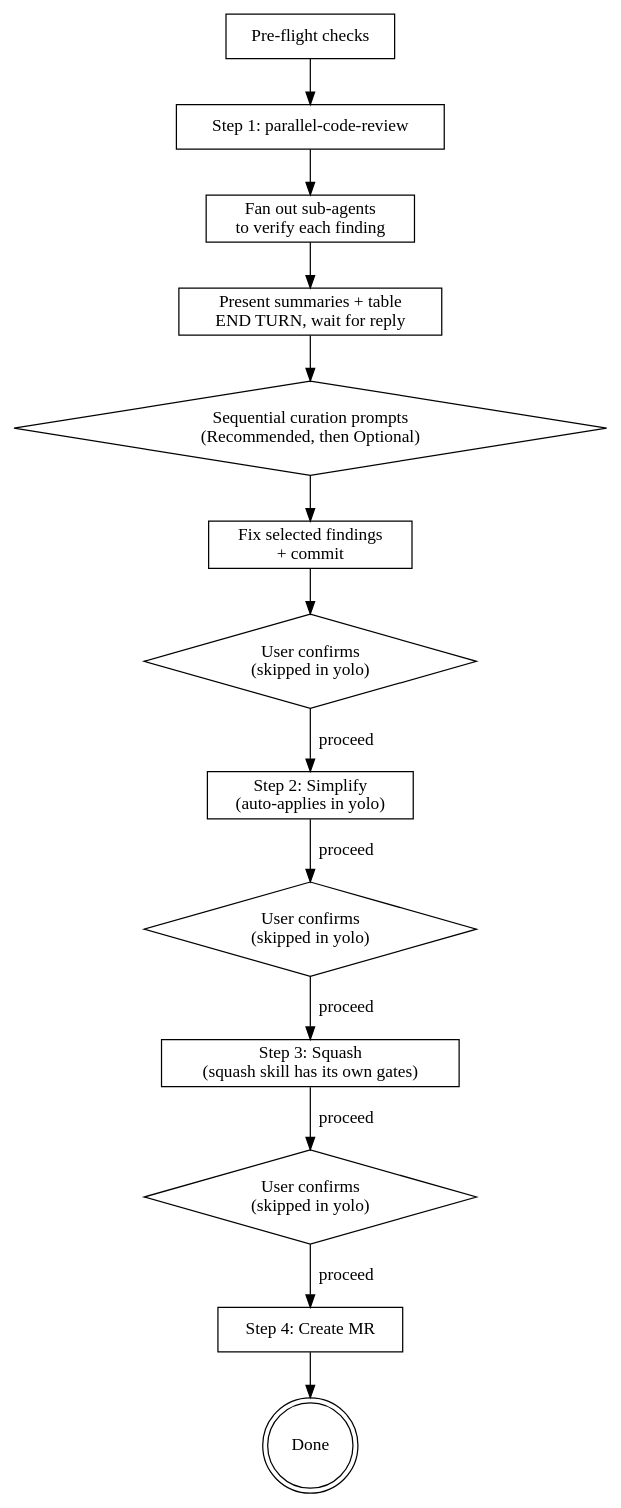
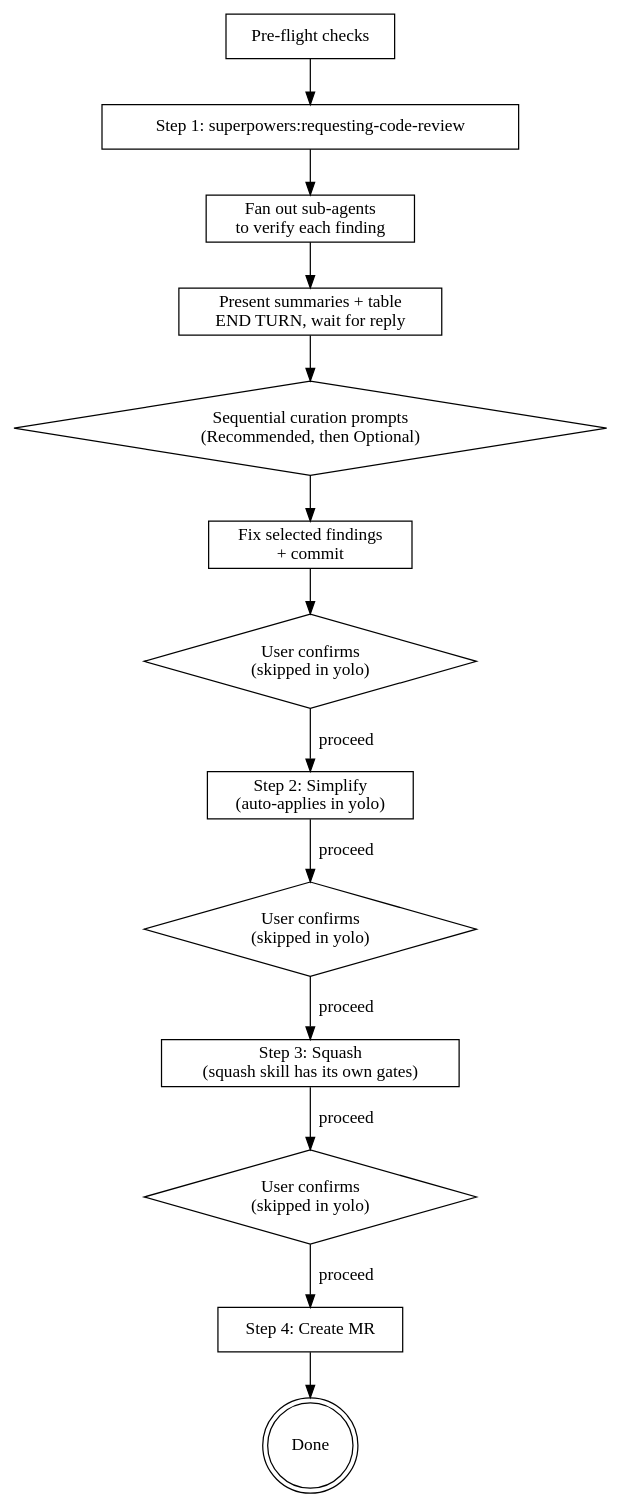
The diagram in skills/finalize-branch/SKILL.md (Minkey27/ai-skills), drawn with Graphviz before and after one commit. The commit also changed other lines of this file and 4 other files, not shown here.

First line of the commit message:
refactor(skills): drop parallel-code-review, use superpowers reviewer

````diff
--- a/skills/finalize-branch/SKILL.md
+++ b/skills/finalize-branch/SKILL.md
@@ -71,26 +71,26 @@
 ```dot
 digraph finalize {
     rankdir=TB;
     node [shape=box];
 
     preflight [label="Pre-flight checks"];
-    review [label="Step 1: parallel-code-review"];
+    review [label="Step 1: superpowers:requesting-code-review"];
     verify [label="Fan out sub-agents\nto verify each finding"];
     present [label="Present summaries + table\nEND TURN, wait for reply"];
     curate [label="Sequential curation prompts\n(Recommended, then Optional)" shape=diamond];
     fix [label="Fix selected findings\n+ commit"];
     gate1 [label="User confirms\n(skipped in yolo)" shape=diamond];
     simplify [label="Step 2: Simplify\n(auto-applies in yolo)"];
     gate2 [label="User confirms\n(skipped in yolo)" shape=diamond];
     squash [label="Step 3: Squash\n(squash skill has its own gates)"];
     gate3 [label="User confirms\n(skipped in yolo)" shape=diamond];
     mr [label="Step 4: Create MR"];
     done [label="Done" shape=doublecircle];
 
     preflight -> review -> verify -> present -> curate -> fix -> gate1;
     gate1 -> simplify [label="proceed"];
     simplify -> gate2 -> squash [label="proceed"];
     squash -> gate3 -> mr [label="proceed"];
     mr -> done;
 }
 ```
````
